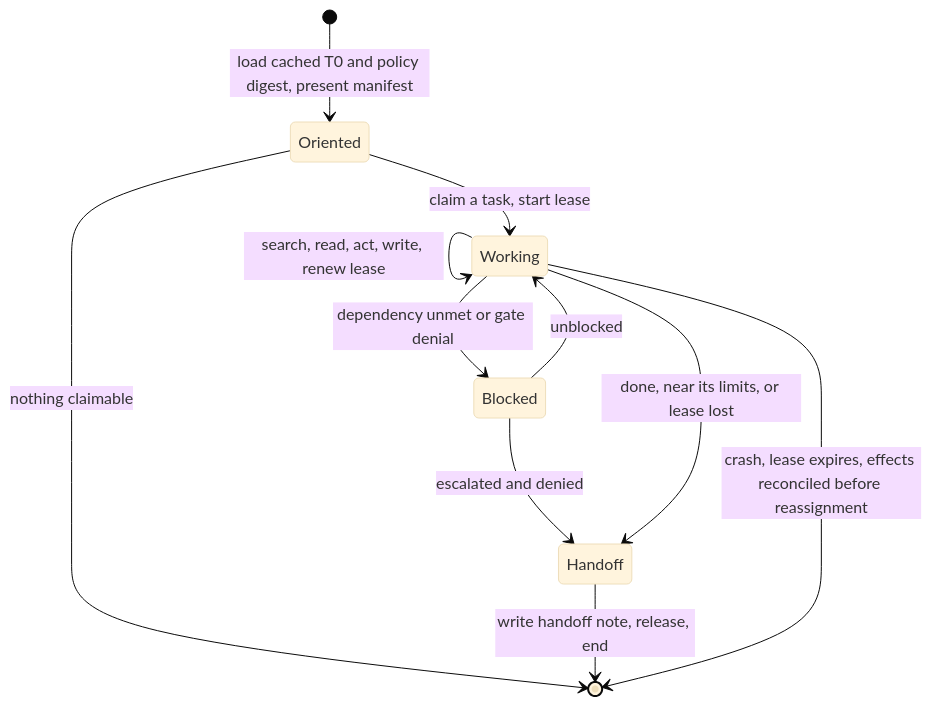
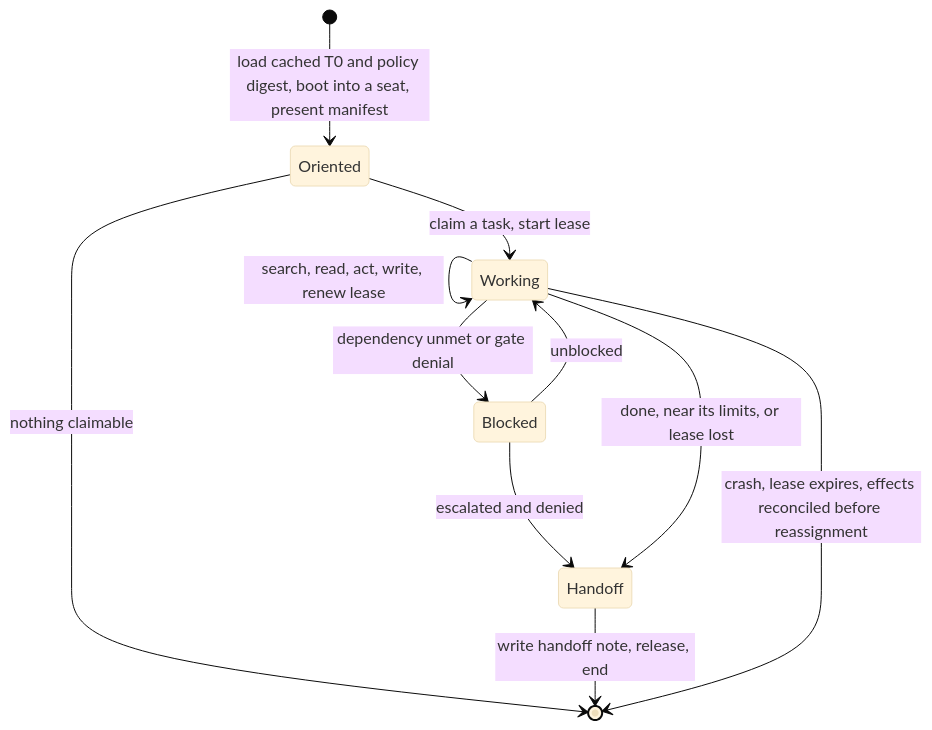
The sixth of 7 diagrams in docs/durable-memory-for-disposable-agents.md (apache/tooling-memory), drawn with Mermaid (base theme) before and after one commit. The commit also changed other lines of this file and 1 other file, not shown here.

````diff
--- a/docs/durable-memory-for-disposable-agents.md
+++ b/docs/durable-memory-for-disposable-agents.md
@@ -689,13 +730,13 @@
 ```mermaid
 stateDiagram-v2
-    [*] --> Oriented: load cached T0 and policy digest, present manifest
+    [*] --> Oriented: load cached T0 and policy digest, boot into a seat, present manifest
     Oriented --> Working: claim a task, start lease
     Oriented --> [*]: nothing claimable
     Working --> Working: search, read, act, write, renew lease
     Working --> Blocked: dependency unmet or gate denial
     Blocked --> Working: unblocked
     Blocked --> Handoff: escalated and denied
     Working --> Handoff: done, near its limits, or lease lost
     Handoff --> [*]: write handoff note, release, end
     Working --> [*]: crash, lease expires, effects reconciled before reassignment
 ```
````
